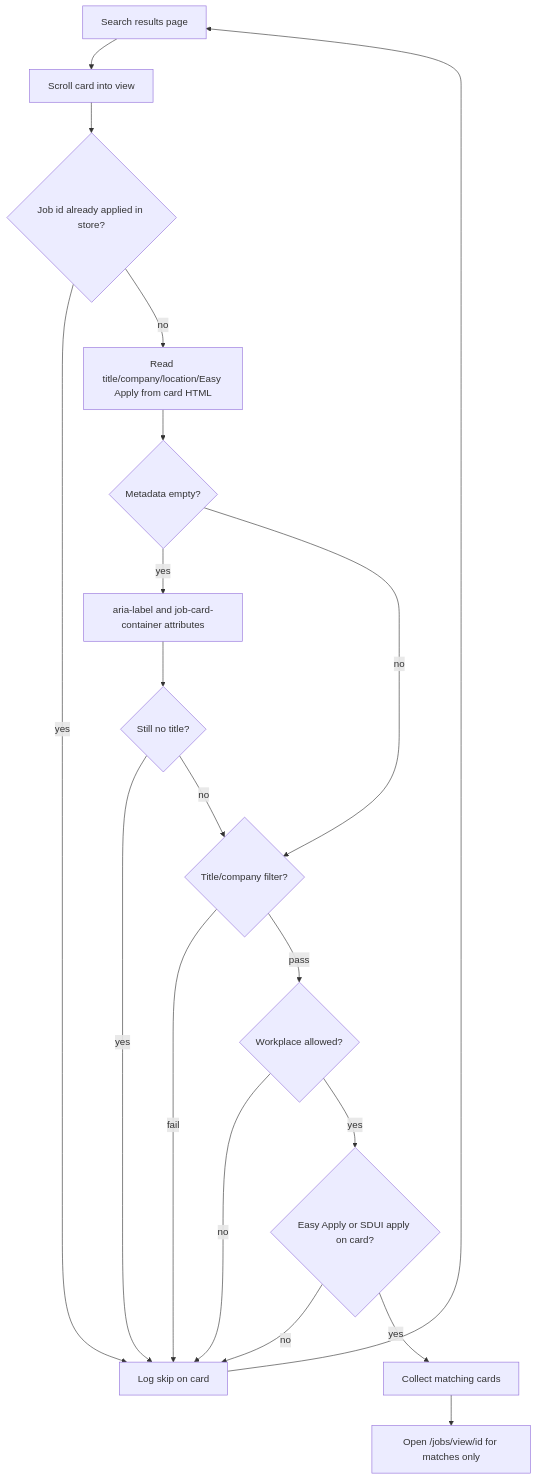
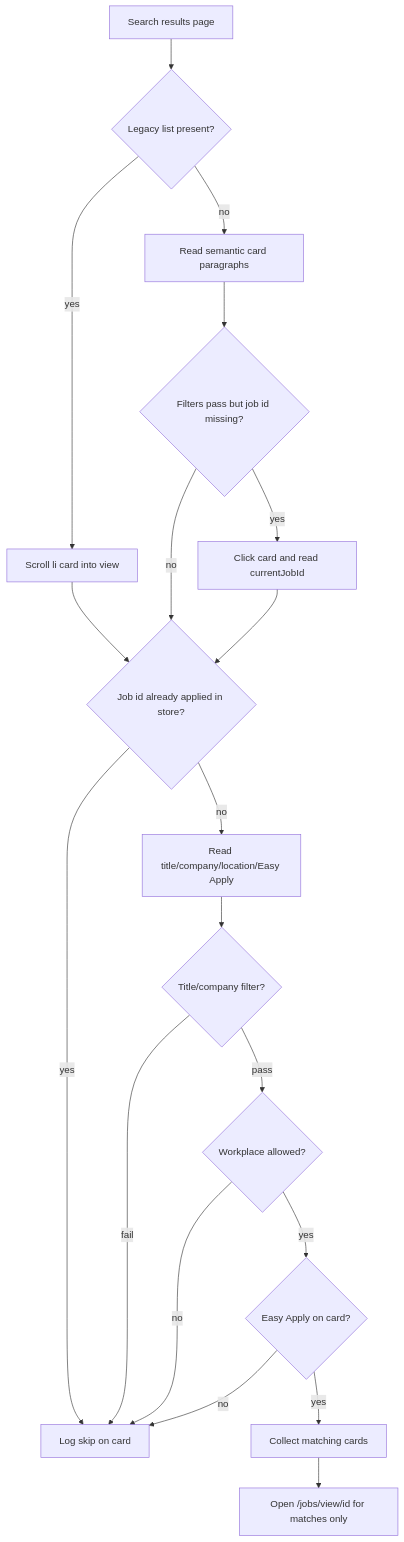
Before and after one commit to TapiwaChikwenya/linkedin-application-bot: the fourth of 4 diagrams in docs/running.md, drawn with Mermaid. The commit also changed other lines of this file and 47 other files, not shown here.

Commit message:
Stop Easy Apply when a required field stays empty and retry it after a grounded answer exists.

````diff
--- a/docs/running.md
+++ b/docs/running.md
@@ -259,21 +334,21 @@
 ```mermaid
 flowchart TD
-  A[Search results page] --> B[Scroll card into view]
+  A[Search results page] --> A2{Legacy list present?}
+  A2 -->|yes| B[Scroll li card into view]
+  A2 -->|no| B2[Read semantic card paragraphs]
   B --> C{Job id already applied in store?}
+  B2 --> C2{Filters pass but job id missing?}
+  C2 -->|yes| B3[Click card and read currentJobId]
+  C2 -->|no| C
+  B3 --> C
   C -->|yes| S[Log skip on card]
-  C -->|no| D[Read title/company/location/Easy Apply from card HTML]
-  D --> E{Metadata empty?}
-  E -->|yes| F[aria-label and job-card-container attributes]
-  F --> G{Still no title?}
-  G -->|yes| S
-  E -->|no| H{Title/company filter?}
-  G -->|no| H
+  C -->|no| D[Read title/company/location/Easy Apply]
+  D --> H{Title/company filter?}
   H -->|fail| S
   H -->|pass| W{Workplace allowed?}
   W -->|no| S
-  W -->|yes| I{Easy Apply or SDUI apply on card?}
+  W -->|yes| I{Easy Apply on card?}
   I -->|no| S
   I -->|yes| P[Collect matching cards]
-  S --> A
   P --> J[Open /jobs/view/id for matches only]
 ```
````
